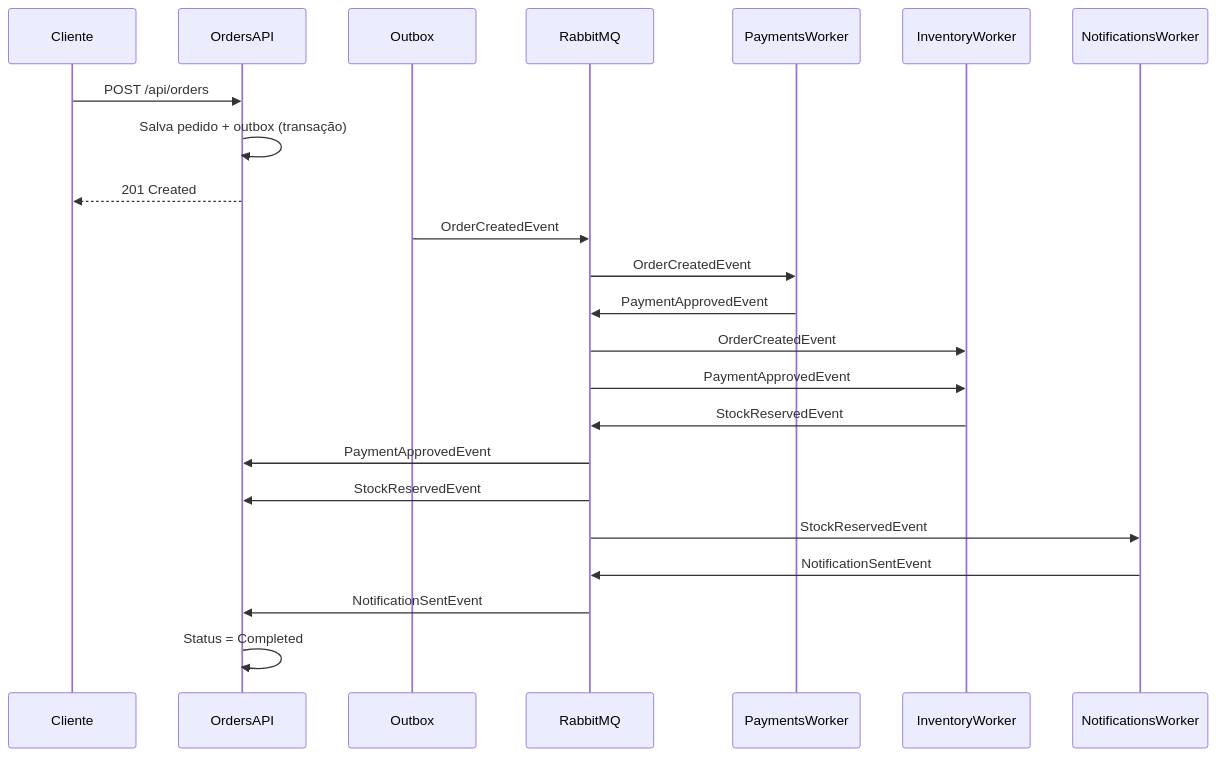
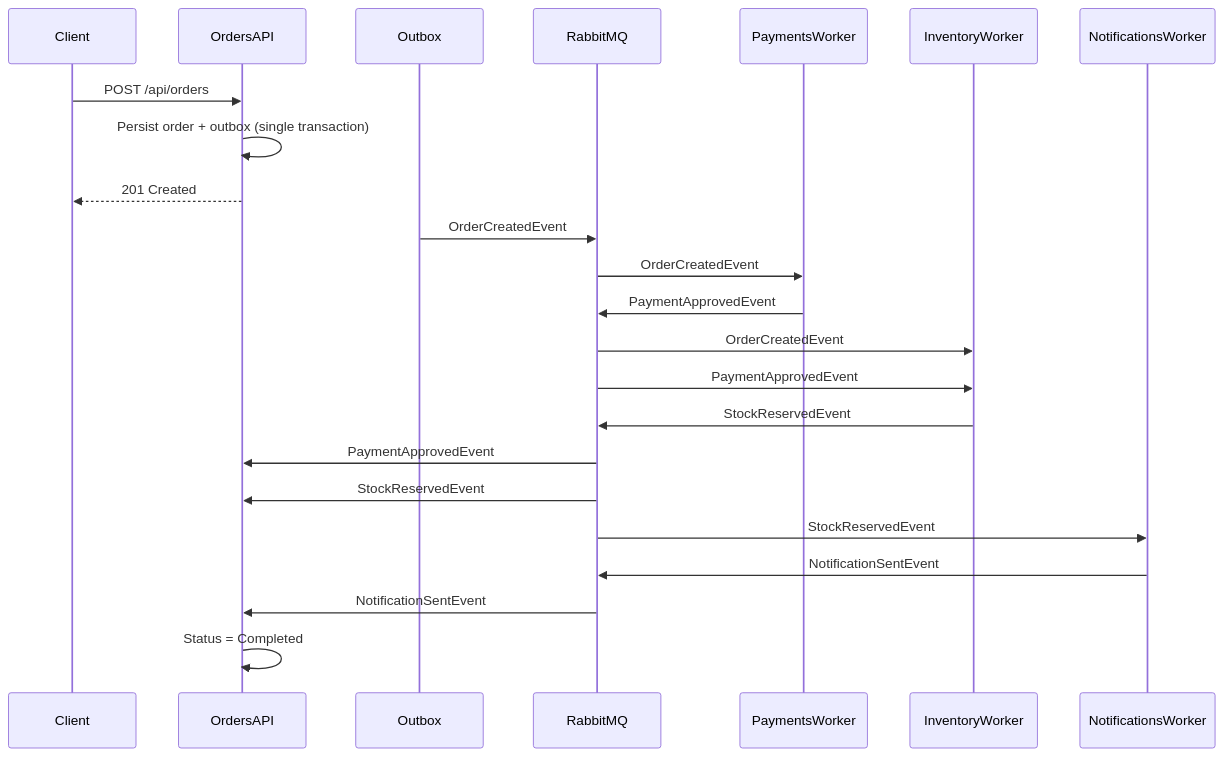
The diagram in README.md (luismpenholato/EventDriven.OrderProcessing.RabbitMQ), drawn with Mermaid before and after one commit. The commit also changed other lines of this file and 17 other files, not shown here.

````diff
--- a/README.md
+++ b/README.md
@@ -13,31 +15,31 @@
 ```mermaid
 sequenceDiagram
-    participant Cliente
+    participant Client
     participant OrdersAPI
     participant Outbox
     participant RabbitMQ
     participant PaymentsWorker
     participant InventoryWorker
     participant NotificationsWorker
 
-    Cliente->>OrdersAPI: POST /api/orders
-    OrdersAPI->>OrdersAPI: Salva pedido + outbox (transação)
-    OrdersAPI-->>Cliente: 201 Created
+    Client->>OrdersAPI: POST /api/orders
+    OrdersAPI->>OrdersAPI: Persist order + outbox (single transaction)
+    OrdersAPI-->>Client: 201 Created
     Outbox->>RabbitMQ: OrderCreatedEvent
 
     RabbitMQ->>PaymentsWorker: OrderCreatedEvent
     PaymentsWorker->>RabbitMQ: PaymentApprovedEvent
 
     RabbitMQ->>InventoryWorker: OrderCreatedEvent
     RabbitMQ->>InventoryWorker: PaymentApprovedEvent
     InventoryWorker->>RabbitMQ: StockReservedEvent
 
     RabbitMQ->>OrdersAPI: PaymentApprovedEvent
     RabbitMQ->>OrdersAPI: StockReservedEvent
 
     RabbitMQ->>NotificationsWorker: StockReservedEvent
     NotificationsWorker->>RabbitMQ: NotificationSentEvent
 
     RabbitMQ->>OrdersAPI: NotificationSentEvent
     OrdersAPI->>OrdersAPI: Status = Completed
 ```
````
